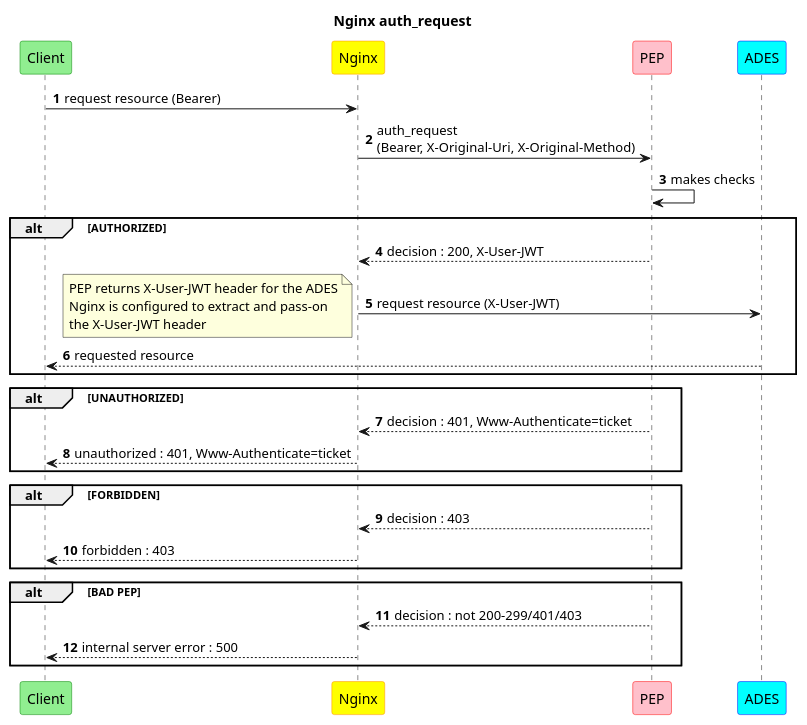
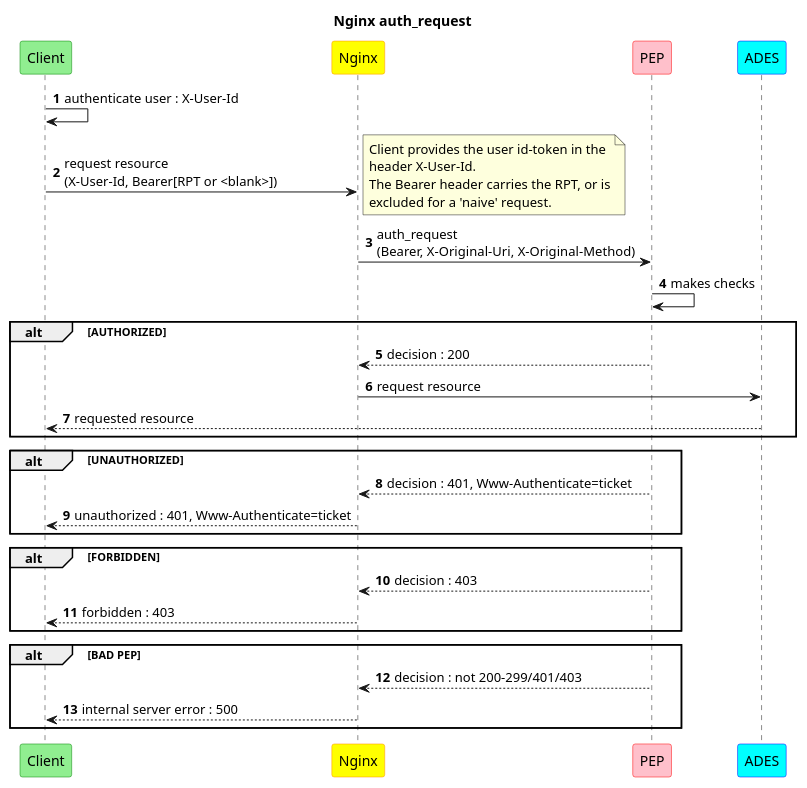
The diagram in uml/nginx-auth_request-seq.puml (rconway/peptest), drawn with PlantUML before and after one commit. The commit also changed 1 other file, not shown here.

Commit message:
Update sequence diagram to reflect the provision of X-User-Id header by the Client

```diff
--- a/uml/nginx-auth_request-seq.puml
+++ b/uml/nginx-auth_request-seq.puml
@@ -1,55 +1,61 @@
 @startuml
 title Nginx auth_request
 
 hide stereotype
 
 skinparam participant<<client>> {
   BackgroundColor LightGreen
   BorderColor Green
 }
 skinparam participant<<nginx>> {
   BackgroundColor Yellow
   BorderColor DarkOrange
 }
 skinparam participant<<pep>> {
   BackgroundColor Pink
   BorderColor Red
 }
 skinparam participant<<ades>> {
   BackgroundColor Cyan
   BorderColor Blue
 }
 
 participant "Client" as client<<client>> order 10
 participant "Nginx" as nginx<<nginx>> order 20
 participant "PEP" as pep<<pep>> order 30
 participant "ADES" as ades<<ades>> order 40
 
 autonumber
-client -> nginx : request resource (Bearer)
+client -> client : authenticate user : X-User-Id
+client -> nginx : request resource\n(X-User-Id, Bearer[RPT or <blank>])
+note right
+Client provides the user id-token in the
+header X-User-Id.
+The Bearer header carries the RPT, or is
+excluded for a 'naive' request.
+end note
 nginx -> pep : auth_request\n(Bearer, X-Original-Uri, X-Original-Method)
 pep -> pep : makes checks
 
 alt AUTHORIZED
-  nginx <-- pep : decision : 200, X-User-JWT
-  nginx -> ades : request resource (X-User-JWT)
-  note left: PEP returns X-User-JWT header for the ADES\nNginx is configured to extract and pass-on\nthe X-User-JWT header
+  nginx <-- pep : decision : 200
+  nginx -> ades : request resource
   client <-- ades : requested resource
 end
 
 alt UNAUTHORIZED
   nginx <-- pep : decision : 401, Www-Authenticate=ticket
   client <-- nginx : unauthorized : 401, Www-Authenticate=ticket
 end
 
 alt FORBIDDEN
   nginx <-- pep : decision : 403
   client <-- nginx : forbidden : 403
 end
 
 alt BAD PEP
   nginx <-- pep : decision : not 200-299/401/403
   client <-- nginx : internal server error : 500
 end
 
 @enduml
```
